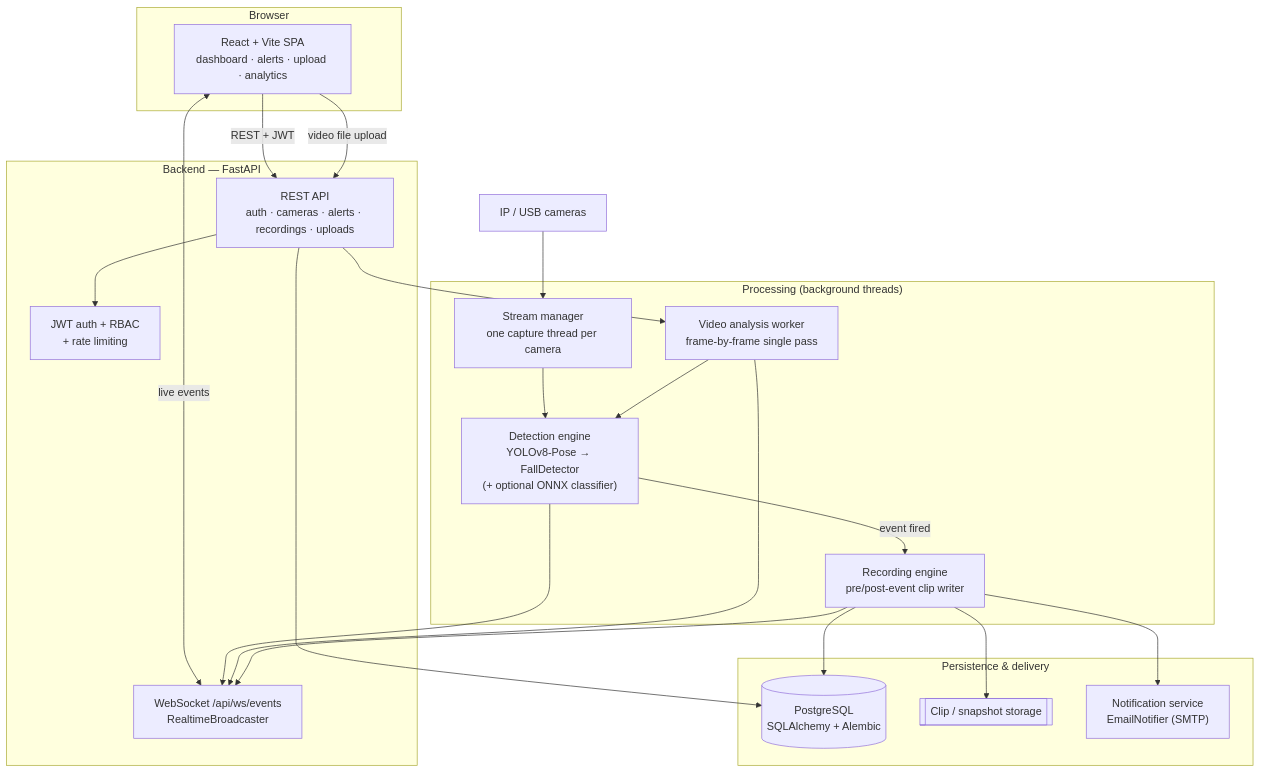
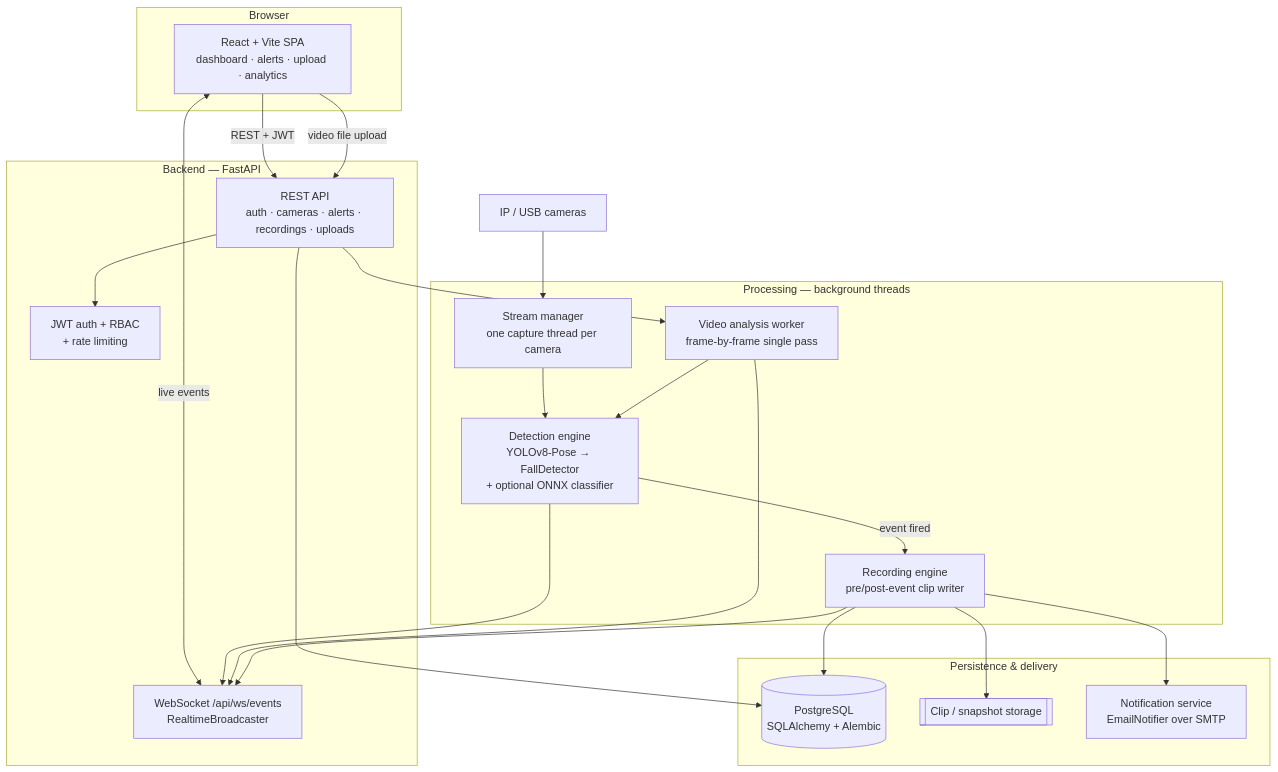
The diagram in README.md (longlivewama/SentinelCam), drawn with Mermaid before and after one commit. The commit also changed other lines of this file and 2 other files, not shown here.

Commit message:
docs: split third-party terms into NOTICE.md so GitHub detects MIT
GitHub's licence detector reported "Other" because LICENSE carried an
appended third-party notices section. LICENSE is now the unmodified MIT
text, and the AGPL-3.0 caveat for Ultralytics YOLOv8, the runtime-downloaded
weights, and the dataset licences move to NOTICE.md, linked from both LICENSE
and the README.

Also simplifies parentheses out of the Mermaid architecture diagram's node
labels, which are a known rendering hazard in GitHub's Markdown pipeline.

Claude-Session: https://claude.ai/code/session_01PzmACU3tEKChnx8d18xWY7

````diff
--- a/README.md
+++ b/README.md
@@ -120,42 +120,42 @@
 ```mermaid
 flowchart TB
     subgraph client["Browser"]
         UI["React + Vite SPA<br/>dashboard · alerts · upload · analytics"]
     end
 
     subgraph api["Backend — FastAPI"]
         REST["REST API<br/>auth · cameras · alerts · recordings · uploads"]
         WS["WebSocket /api/ws/events<br/>RealtimeBroadcaster"]
         RBAC["JWT auth + RBAC<br/>+ rate limiting"]
     end
 
-    subgraph workers["Processing (background threads)"]
+    subgraph workers["Processing — background threads"]
         STREAM["Stream manager<br/>one capture thread per camera"]
         UPLOAD["Video analysis worker<br/>frame-by-frame single pass"]
-        DET["Detection engine<br/>YOLOv8-Pose → FallDetector<br/>(+ optional ONNX classifier)"]
+        DET["Detection engine<br/>YOLOv8-Pose → FallDetector<br/>+ optional ONNX classifier"]
         REC["Recording engine<br/>pre/post-event clip writer"]
     end
 
     subgraph data["Persistence & delivery"]
         DB[("PostgreSQL<br/>SQLAlchemy + Alembic")]
         FS[["Clip / snapshot storage"]]
-        MAIL["Notification service<br/>EmailNotifier (SMTP)"]
+        MAIL["Notification service<br/>EmailNotifier over SMTP"]
     end
 
     CAM["IP / USB cameras"] --> STREAM
     UI -->|"REST + JWT"| REST
     UI <-->|"live events"| WS
     UI -->|"video file upload"| REST
     REST --> RBAC
     REST --> UPLOAD
     STREAM --> DET
     UPLOAD --> DET
     DET -->|"event fired"| REC
     REC --> FS
     REC --> DB
     REC --> MAIL
     REST --> DB
     DET --> WS
     UPLOAD --> WS
     REC --> WS
 ```
````
